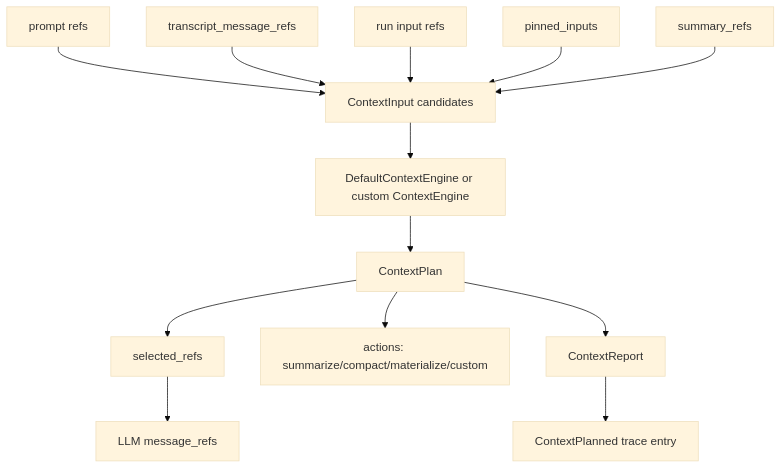
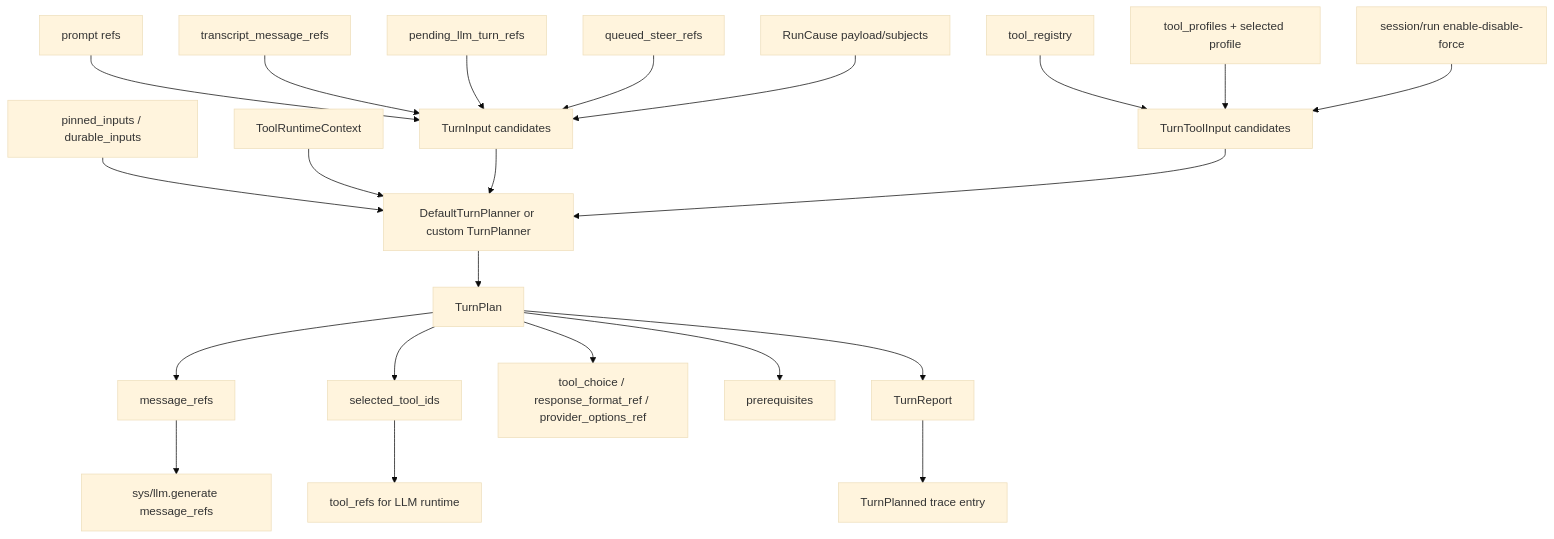
Before and after one commit to smartcomputer-ai/agent-os: the ninth of 22 diagrams in roadmap/v0.30-agent/visual-guide.md, drawn with Mermaid (base theme). The commit also changed other lines of this file, not shown here.

````diff
--- a/roadmap/v0.30-agent/visual-guide.md
+++ b/roadmap/v0.30-agent/visual-guide.md
@@ -564,16 +576,26 @@
 ```mermaid
 flowchart TD
-  PromptRefs[prompt refs] --> Inputs[ContextInput candidates]
+  PromptRefs[prompt refs] --> Inputs[TurnInput candidates]
   Transcript[transcript_message_refs] --> Inputs
-  RunInput[run input refs] --> Inputs
-  Pinned[pinned_inputs] --> Inputs
-  Summaries[summary_refs] --> Inputs
+  TurnRefs[pending_llm_turn_refs] --> Inputs
+  Steer[queued_steer_refs] --> Inputs
+  Cause[RunCause payload/subjects] --> Inputs
+  SessionTurnState[pinned_inputs / durable_inputs] --> Planner
 
-  Inputs --> Engine[DefaultContextEngine or custom ContextEngine]
-  Engine --> Plan[ContextPlan]
-  Plan --> Selected[selected_refs]
-  Plan --> Actions[actions: summarize/compact/materialize/custom]
-  Plan --> Report[ContextReport]
-  Selected --> LLM[LLM message_refs]
-  Report --> Trace[ContextPlanned trace entry]
+  Registry[tool_registry] --> ToolInputs[TurnToolInput candidates]
+  Profiles[tool_profiles + selected profile] --> ToolInputs
+  Overrides[session/run enable-disable-force] --> ToolInputs
+  Runtime[ToolRuntimeContext] --> Planner
+
+  Inputs --> Planner[DefaultTurnPlanner or custom TurnPlanner]
+  ToolInputs --> Planner
+  Planner --> Plan[TurnPlan]
+  Plan --> Messages[message_refs]
+  Plan --> Tools[selected_tool_ids]
+  Plan --> Controls[tool_choice / response_format_ref / provider_options_ref]
+  Plan --> Prereqs[prerequisites]
+  Plan --> Report[TurnReport]
+  Messages --> LLM[sys/llm.generate message_refs]
+  Tools --> ToolRefs[tool_refs for LLM runtime]
+  Report --> Trace[TurnPlanned trace entry]
 ```
````
